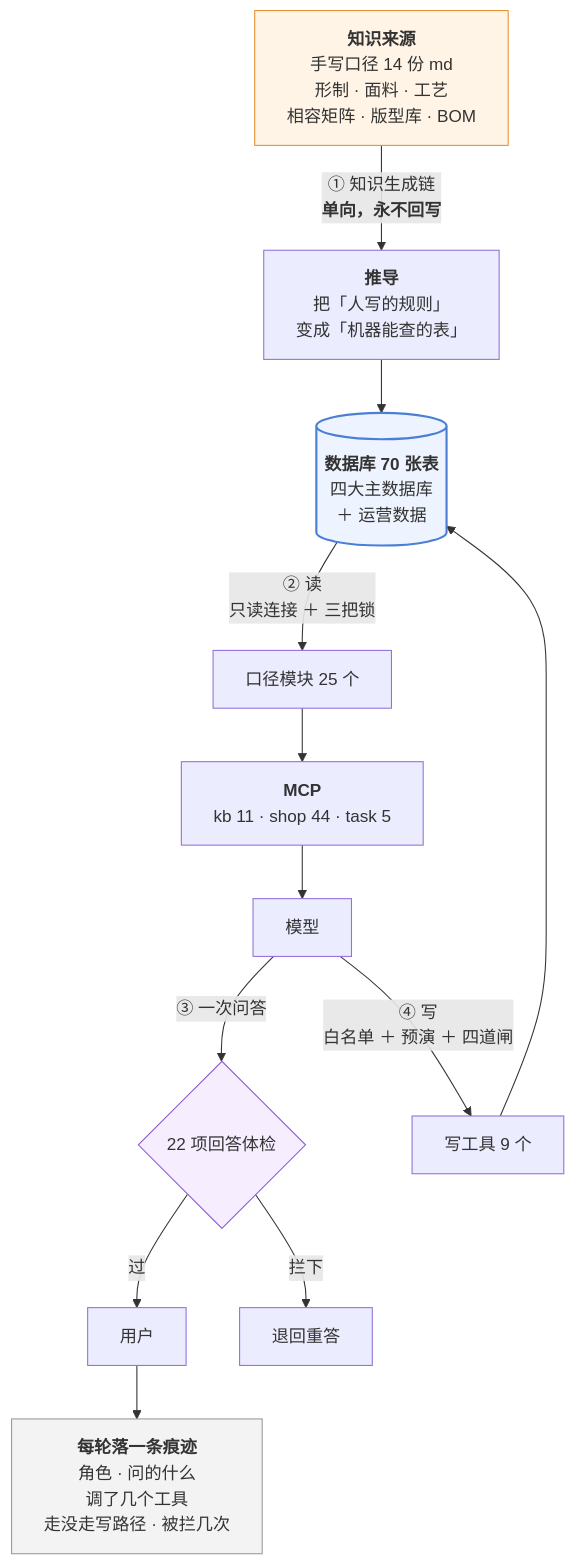
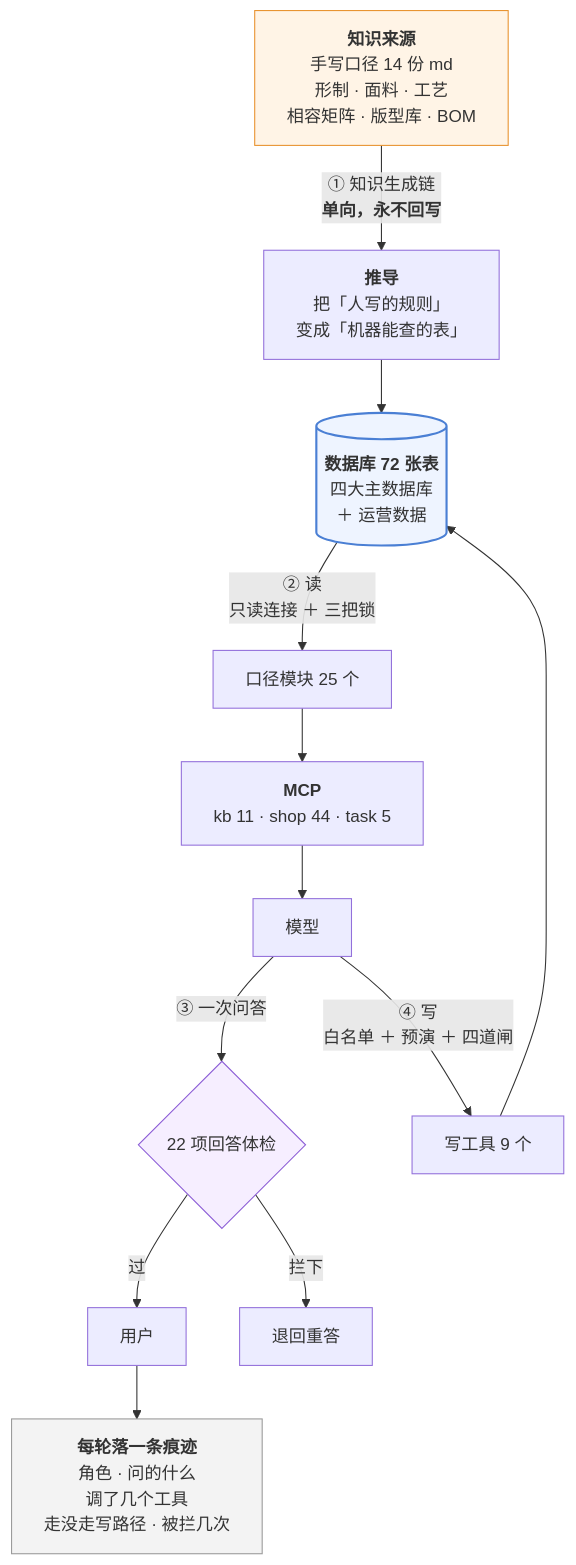
The third of 3 diagrams in 澜绣云裳agent-产品说明.md (843773296-rgb/lanxiu-yunshang-agent), drawn with Mermaid before and after one commit. The commit also changed other lines of this file and 7 other files, not shown here.

````diff
--- a/澜绣云裳agent-产品说明.md
+++ b/澜绣云裳agent-产品说明.md
@@ -773,24 +773,24 @@
 ```mermaid
 flowchart TD
     MD["<b>知识来源</b><br/>手写口径 14 份 md<br/>形制 · 面料 · 工艺<br/>相容矩阵 · 版型库 · BOM"]
     MD -->|"① 知识生成链<br/><b>单向，永不回写</b>"| DV["<b>推导</b><br/>把「人写的规则」<br/>变成「机器能查的表」"]
-    DV --> DB[("<b>数据库 70 张表</b><br/>四大主数据库<br/>＋ 运营数据")]
+    DV --> DB[("<b>数据库 72 张表</b><br/>四大主数据库<br/>＋ 运营数据")]
 
     DB -->|"② 读<br/>只读连接 ＋ 三把锁"| KJ["口径模块 25 个"]
     KJ --> MCP["<b>MCP</b><br/>kb 11 · shop 44 · task 5"]
     MCP --> LLM["模型"]
 
     LLM -->|"③ 一次问答"| GD{"22 项回答体检"}
     GD -- 过 --> U["用户"]
     GD -- 拦下 --> RE["退回重答"]
 
     LLM -->|"④ 写<br/>白名单 ＋ 预演 ＋ 四道闸"| W["写工具 9 个"]
     W --> DB
 
     U --> TR["<b>每轮落一条痕迹</b><br/>角色 · 问的什么<br/>调了几个工具<br/>走没走写路径 · 被拦几次"]
 
     style MD fill:#fff4e6,stroke:#e8912d
     style DB fill:#eef4ff,stroke:#4a7fd4,stroke-width:2px
     style GD fill:#f6eeff,stroke:#8b5cd6
     style TR fill:#f3f3f3,stroke:#999
 ```
````
